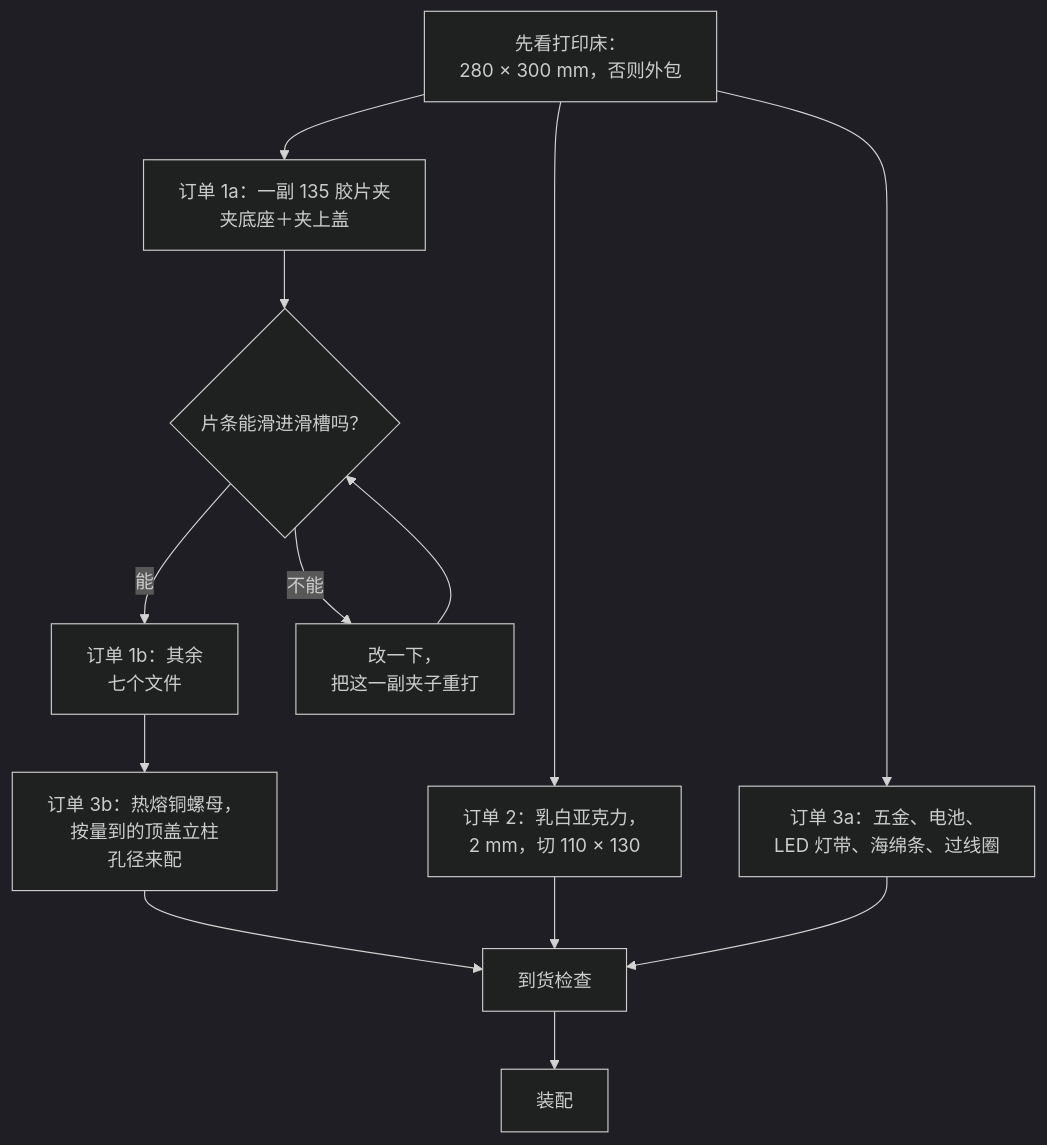
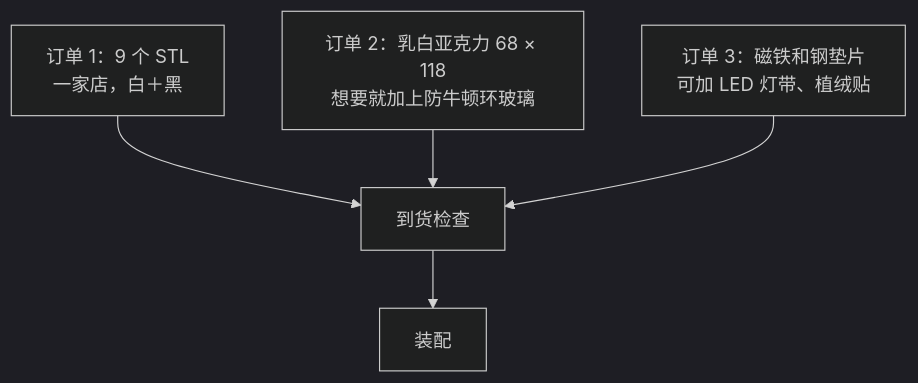
Before and after one commit to Neoanaloglab/Neobox: the diagram in docs/bom.zh-CN.md, drawn with Mermaid (dark theme). The commit also changed other lines of this file and 30 other files, not shown here.

````diff
--- a/docs/bom.zh-CN.md
+++ b/docs/bom.zh-CN.md
@@ -218,15 +181,7 @@
 ```mermaid
 flowchart TD
-  A[先看打印床：<br/>280 × 300 mm，否则外包] --> B[订单 1a：一副 135 胶片夹<br/>夹底座＋夹上盖]
-  A --> C[订单 2：乳白亚克力，<br/>2 mm，切 110 × 130]
-  A --> D[订单 3a：五金、电池、<br/>LED 灯带、海绵条、过线圈]
-  B --> E{片条能滑进滑槽吗？}
-  E -- 能 --> F[订单 1b：其余<br/>七个文件]
-  E -- 不能 --> G[改一下，<br/>把这一副夹子重打]
-  G --> E
-  F --> J[订单 3b：热熔铜螺母，<br/>按量到的顶盖立柱<br/>孔径来配]
-  J --> H[到货检查]
-  C --> H
-  D --> H
-  H --> I[装配]
+  A[订单 1：9 个 STL<br/>一家店，白＋黑] --> D[到货检查]
+  B[订单 2：乳白亚克力 68 × 118<br/>想要就加上防牛顿环玻璃] --> D
+  C[订单 3：磁铁和钢垫片<br/>可加 LED 灯带、植绒贴] --> D
+  D --> E[装配]
 ```
````
